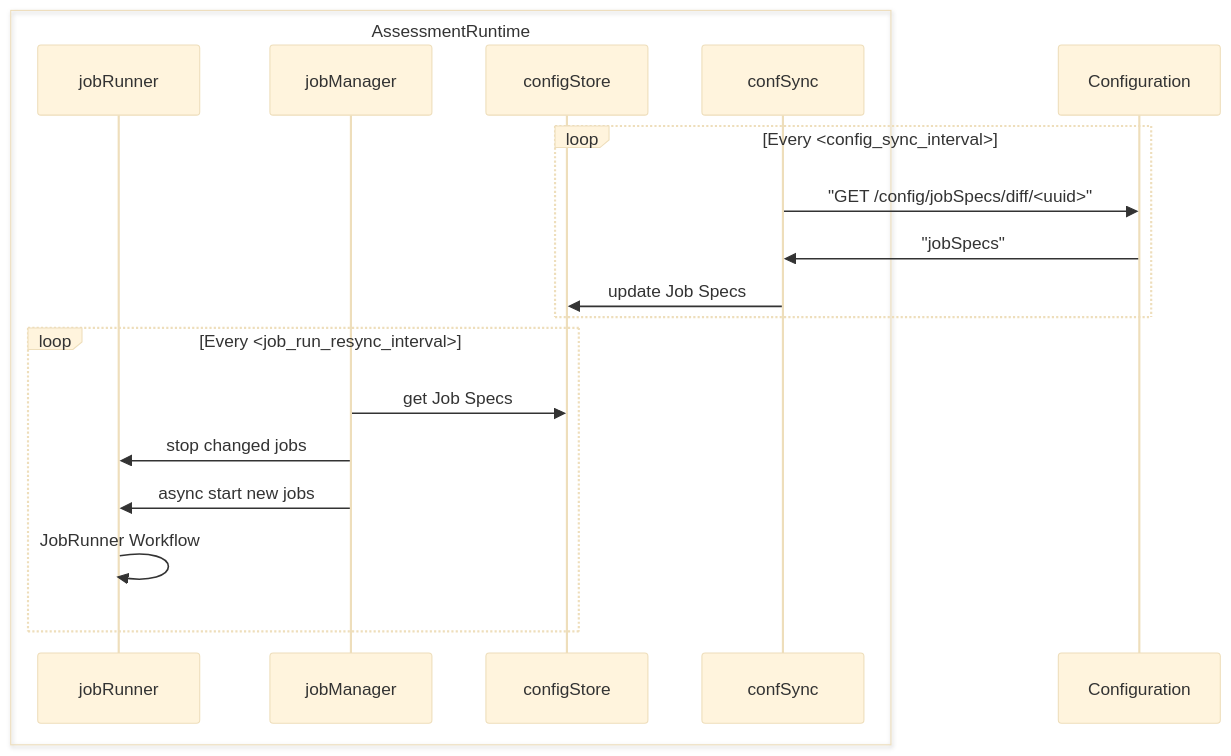
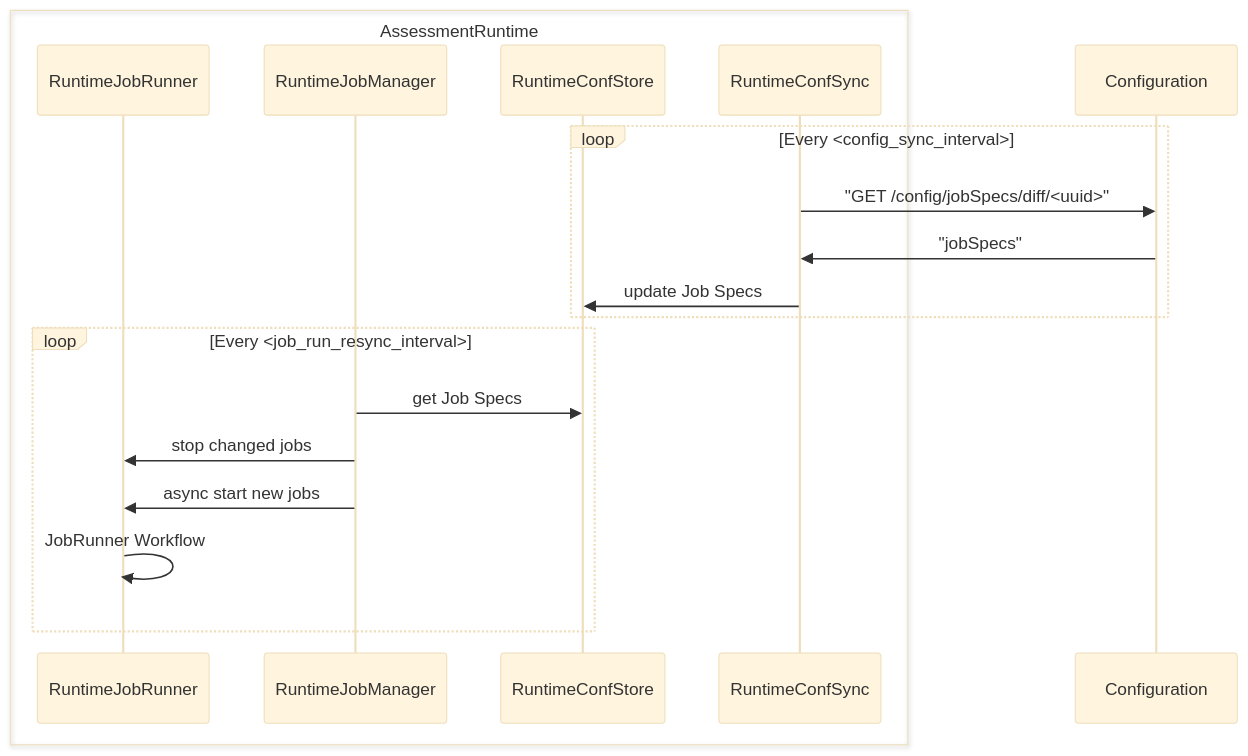
One commit to compliance-framework/website changed the third of 4 diagrams in sequence_diagrams/ASSESSMENT_RUNTIME_DIAGRAMS.md. Above: the diagram before and after it, drawn with Mermaid (base theme). The commit also changed other lines of this file and 1 other file, not shown here.

````diff
--- a/sequence_diagrams/ASSESSMENT_RUNTIME_DIAGRAMS.md
+++ b/sequence_diagrams/ASSESSMENT_RUNTIME_DIAGRAMS.md
@@ -47,21 +47,21 @@
 ```mermaid
 sequenceDiagram
 box AssessmentRuntime
-    participant jobRunner
-    participant jobManager
-    participant configStore
-    participant confSync
+    participant RuntimeJobRunner
+    participant RuntimeJobManager
+    participant RuntimeConfStore
+    participant RuntimeConfSync
 end
 participant Configuration
     loop Every <config_sync_interval>
-    confSync ->> Configuration: "GET /config/jobSpecs/diff/<uuid>"
-    Configuration ->> confSync: "jobSpecs"
-    confSync ->> configStore: update Job Specs
+    RuntimeConfSync ->> Configuration: "GET /config/jobSpecs/diff/<uuid>"
+    Configuration ->> RuntimeConfSync: "jobSpecs"
+    RuntimeConfSync ->> RuntimeConfStore: update Job Specs
     end
     loop Every <job_run_resync_interval>
-    jobManager ->> configStore: get Job Specs
-    jobManager ->> jobRunner: stop changed jobs
-    jobManager ->> jobRunner: async start new jobs
-    jobRunner ->> jobRunner: JobRunner Workflow
+    RuntimeJobManager ->> RuntimeConfStore: get Job Specs
+    RuntimeJobManager ->> RuntimeJobRunner: stop changed jobs
+    RuntimeJobManager ->> RuntimeJobRunner: async start new jobs
+    RuntimeJobRunner ->> RuntimeJobRunner: JobRunner Workflow
     end
 ```
````
